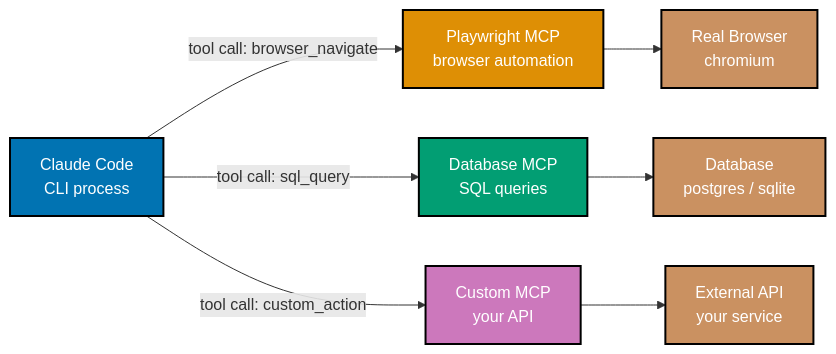
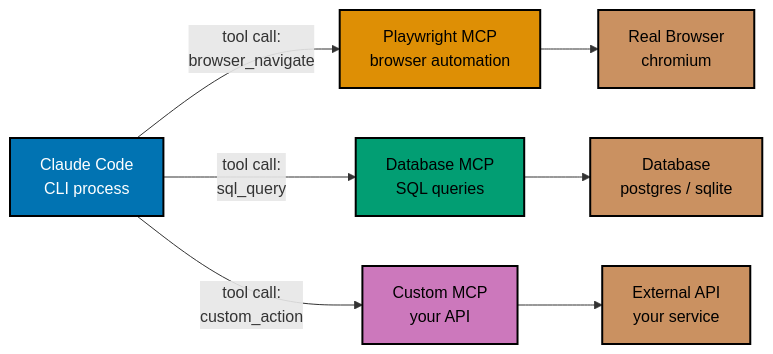
The fourth of 8 diagrams in apps/ayokoding-www/content/en/learn/legacy/artificial-intelligence/tools/claude-code/by-concept/intermediate.md (wahidyankf/ose-public), drawn with Mermaid before and after one commit. The commit also changed other lines of this file and 50 other files, not shown here.

First line of the commit message:
fix(mermaid): bring the docs, governance, plans, and legacy AI diagrams onto the accessible palette

````diff
--- a/apps/ayokoding-www/content/en/learn/legacy/artificial-intelligence/tools/claude-code/by-concept/intermediate.md
+++ b/apps/ayokoding-www/content/en/learn/legacy/artificial-intelligence/tools/claude-code/by-concept/intermediate.md
@@ -408,26 +417,29 @@
 ```mermaid
 %% Color Palette: Blue #0173B2, Orange #DE8F05, Teal #029E73, Purple #CC78BC, Brown #CA9161
 %% All colors are color-blind friendly and meet WCAG AA contrast standards
 
 graph LR
+    accTitle: 4. MCP Servers
+    accDescr: Graph with 7 nodes and 6 connections. Nodes: Claude Code CLI process, Playwright MCP browser automation, Database MCP SQL queries, Custom MCP your API, Real Browser chromium, Database postgres / sqlite, External API your service. Connections: Claude Code CLI process to Playwright MCP browser automation (tool call: browser_navigate), Claude Code CLI process to Database MCP SQL queries (tool call: sql_query), Claude Code CLI process to Custom MCP your API (tool call: custom_action), Playwright MCP browser automation to Real Browser chromium, Database MCP SQL queries to Database postgres / sqlite, Custom MCP your API to External API your service.
     CC["Claude Code<br/>CLI process"]:::blue
     MCP1["Playwright MCP<br/>browser automation"]:::orange
     MCP2["Database MCP<br/>SQL queries"]:::teal
     MCP3["Custom MCP<br/>your API"]:::purple
     BROWSER["Real Browser<br/>chromium"]:::brown
     DB["Database<br/>postgres / sqlite"]:::brown
     API["External API<br/>your service"]:::brown
 
-    CC -->|"tool call: browser_navigate"| MCP1
-    CC -->|"tool call: sql_query"| MCP2
-    CC -->|"tool call: custom_action"| MCP3
+    CC -->|"tool call:<br/>browser_navigate"| MCP1
+    CC -->|"tool call:<br/>sql_query"| MCP2
+    CC -->|"tool call:<br/>custom_action"| MCP3
     MCP1 --> BROWSER
     MCP2 --> DB
     MCP3 --> API
 
     classDef blue fill:#0173B2,stroke:#000000,color:#FFFFFF,stroke-width:2px
-    classDef orange fill:#DE8F05,stroke:#000000,color:#FFFFFF,stroke-width:2px
-    classDef teal fill:#029E73,stroke:#000000,color:#FFFFFF,stroke-width:2px
-    classDef purple fill:#CC78BC,stroke:#000000,color:#FFFFFF,stroke-width:2px
-    classDef brown fill:#CA9161,stroke:#000000,color:#FFFFFF,stroke-width:2px
+    classDef orange fill:#DE8F05,stroke:#000000,color:#000000,stroke-width:2px
+    classDef teal fill:#029E73,stroke:#000000,color:#000000,stroke-width:2px
+    classDef purple fill:#CC78BC,stroke:#000000,color:#000000,stroke-width:2px
+    classDef brown fill:#CA9161,stroke:#000000,color:#000000,stroke-width:2px
+    classDef default fill:#FFFFFF,stroke:#000000,color:#000000
 ```
````
